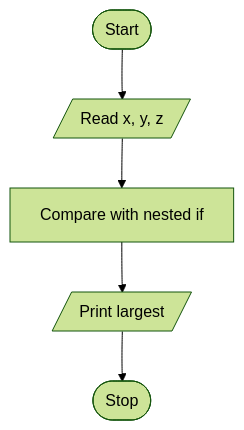
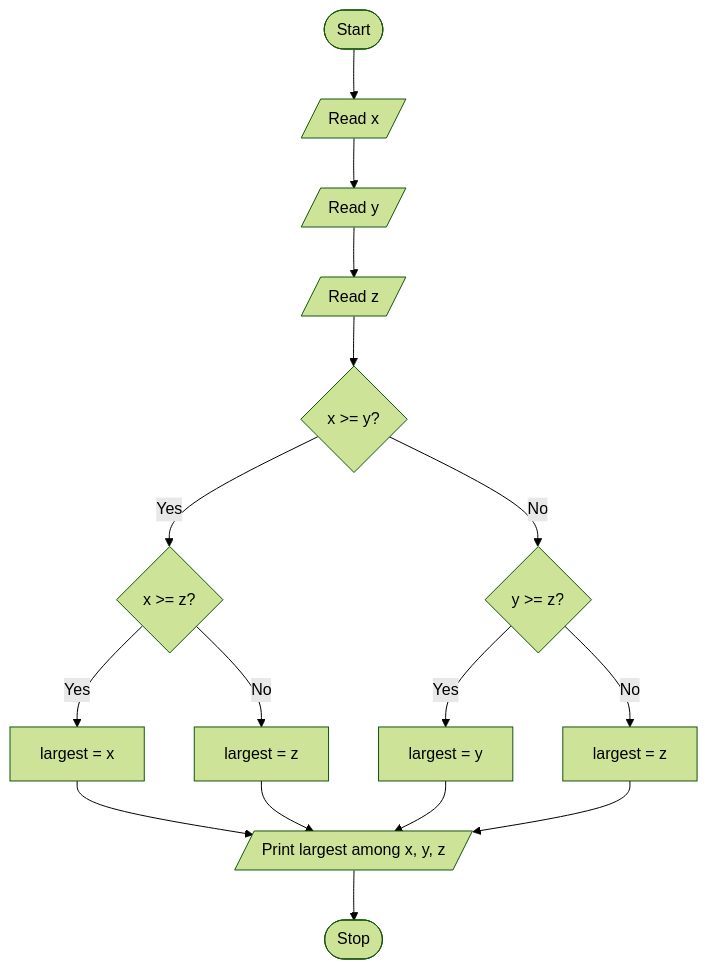
Before and after one commit to asvnphanindra/2026-27_PythonProgrammingCourse: the diagram in .faculty/observations/u2a5max.md, drawn with Mermaid (forest theme). The commit also changed 20 other files, not shown here.

Commit message:
Expand Full-observation flowcharts with step-by-step Mermaid detail.

````diff
--- a/.faculty/observations/u2a5max.md
+++ b/.faculty/observations/u2a5max.md
@@ -53,12 +53,24 @@
 ```mermaid
 flowchart TD
-    N0(["Start"])
-    N1[/"Read x, y, z"/]
-    N2["Compare with nested if"]
-    N3[/"Print largest"/]
-    N4(["Stop"])
-    N0 --> N1
-    N1 --> N2
-    N2 --> N3
-    N3 --> N4
+Start(["Start"])
+R1[/"Read x"/]
+R2[/"Read y"/]
+R3[/"Read z"/]
+D1{"x >= y?"}
+D2{"x >= z?"}
+D3{"y >= z?"}
+Sx["largest = x"]
+Sz1["largest = z"]
+Sy["largest = y"]
+Sz2["largest = z"]
+O1[/"Print largest among x, y, z"/]
+Stop(["Stop"])
+Start --> R1 --> R2 --> R3 --> D1
+D1 -->|Yes| D2
+D2 -->|Yes| Sx --> O1
+D2 -->|No| Sz1 --> O1
+D1 -->|No| D3
+D3 -->|Yes| Sy --> O1
+D3 -->|No| Sz2 --> O1
+O1 --> Stop
 ```
````
